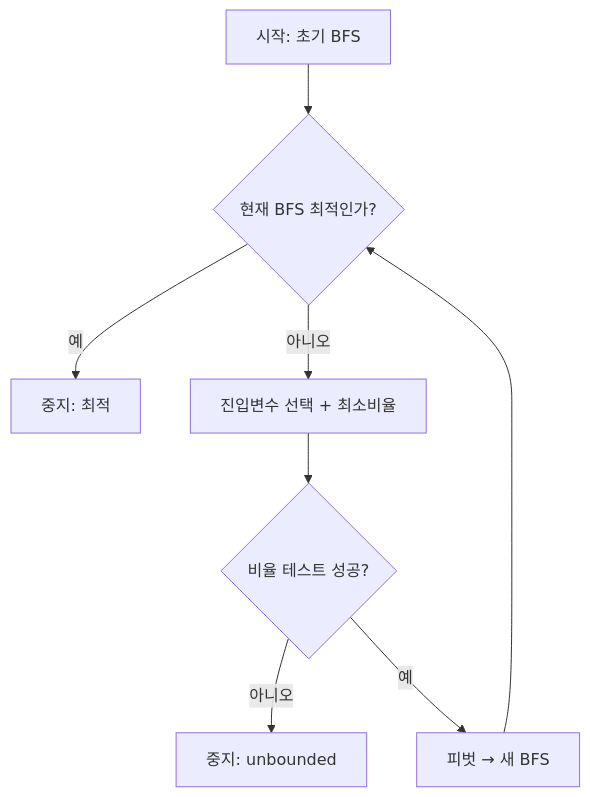
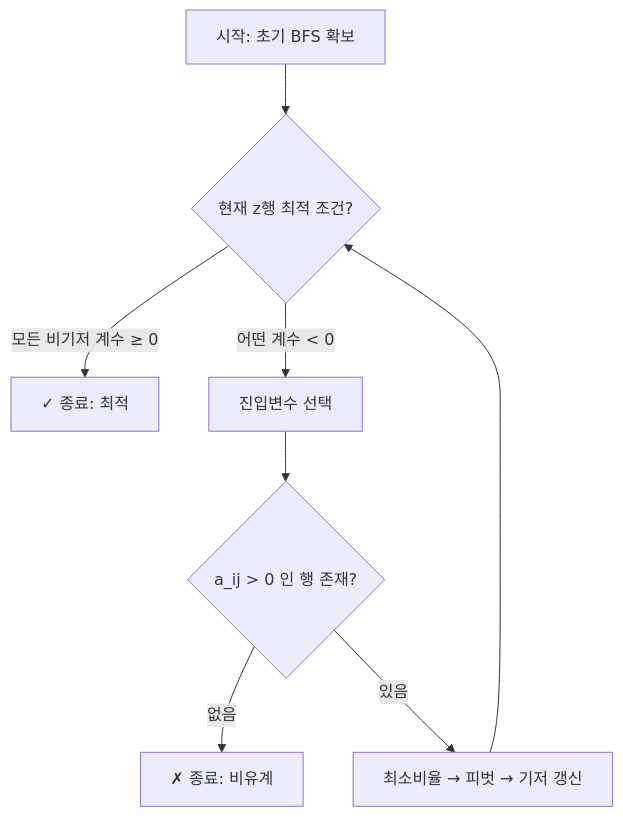
The diagram in decisionMaking/0413_6강.md (Siegfriex/hongikUniv.), drawn with Mermaid before and after one commit. The commit also changed other lines of this file, not shown here.

````diff
--- a/decisionMaking/0413_6강.md
+++ b/decisionMaking/0413_6강.md
@@ -500,10 +353,10 @@
 ```mermaid
 flowchart TD
-  S[시작: 초기 BFS] --> Q{현재 BFS 최적인가?}
-  Q -->|예| OPT[중지: 최적]
-  Q -->|아니오| E[진입변수 선택 + 최소비율]
-  E --> R{비율 테스트 성공?}
-  R -->|아니오| UB[중지: unbounded]
-  R -->|예| P[피벗 → 새 BFS]
+  S[시작: 초기 BFS 확보] --> Q{현재 z행 최적 조건?}
+  Q -->|모든 비기저 계수 ≥ 0| OPT[✓ 종료: 최적]
+  Q -->|어떤 계수 < 0| E[진입변수 선택]
+  E --> R{a_ij > 0 인 행 존재?}
+  R -->|없음| UB[✗ 종료: 비유계]
+  R -->|있음| P[최소비율 → 피벗 → 기저 갱신]
   P --> Q
 ```
````
